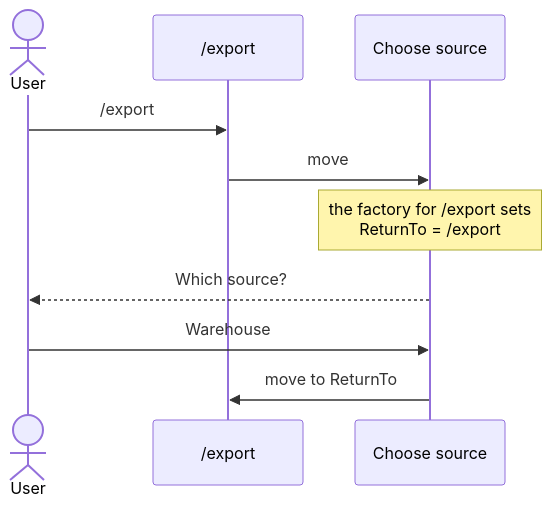
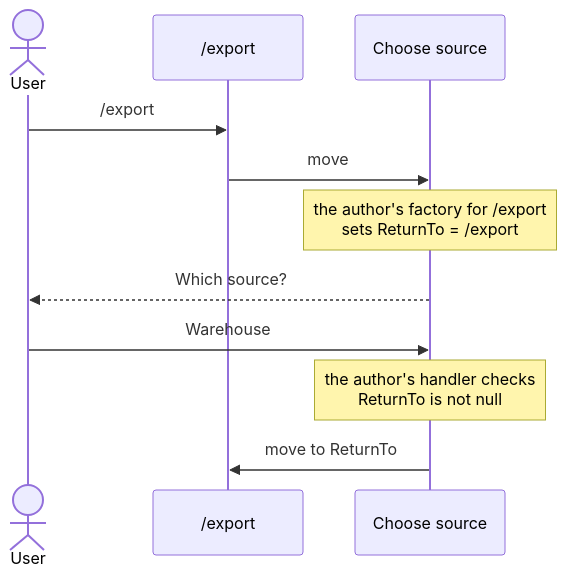
The first of 2 diagrams in docs/investigations/how-does-a-command-know-where-it-was-sent-from.md (KitCli/KitCli), drawn with Mermaid before and after one commit. The commit also changed other lines of this file and 1 other file, not shown here.

````diff
--- a/docs/investigations/how-does-a-command-know-where-it-was-sent-from.md
+++ b/docs/investigations/how-does-a-command-know-where-it-was-sent-from.md
@@ -38,12 +38,13 @@
 ```mermaid
 sequenceDiagram
     actor U as User
     participant E as /export
     participant C as Choose source
     U->>E: /export
     E->>C: move
-    Note over C: the factory for /export sets<br/>ReturnTo = /export
+    Note over C: the author's factory for /export<br/>sets ReturnTo = /export
     C-->>U: Which source?
     U->>C: Warehouse
+    Note over C: the author's handler checks<br/>ReturnTo is not null
     C->>E: move to ReturnTo
 ```
````
